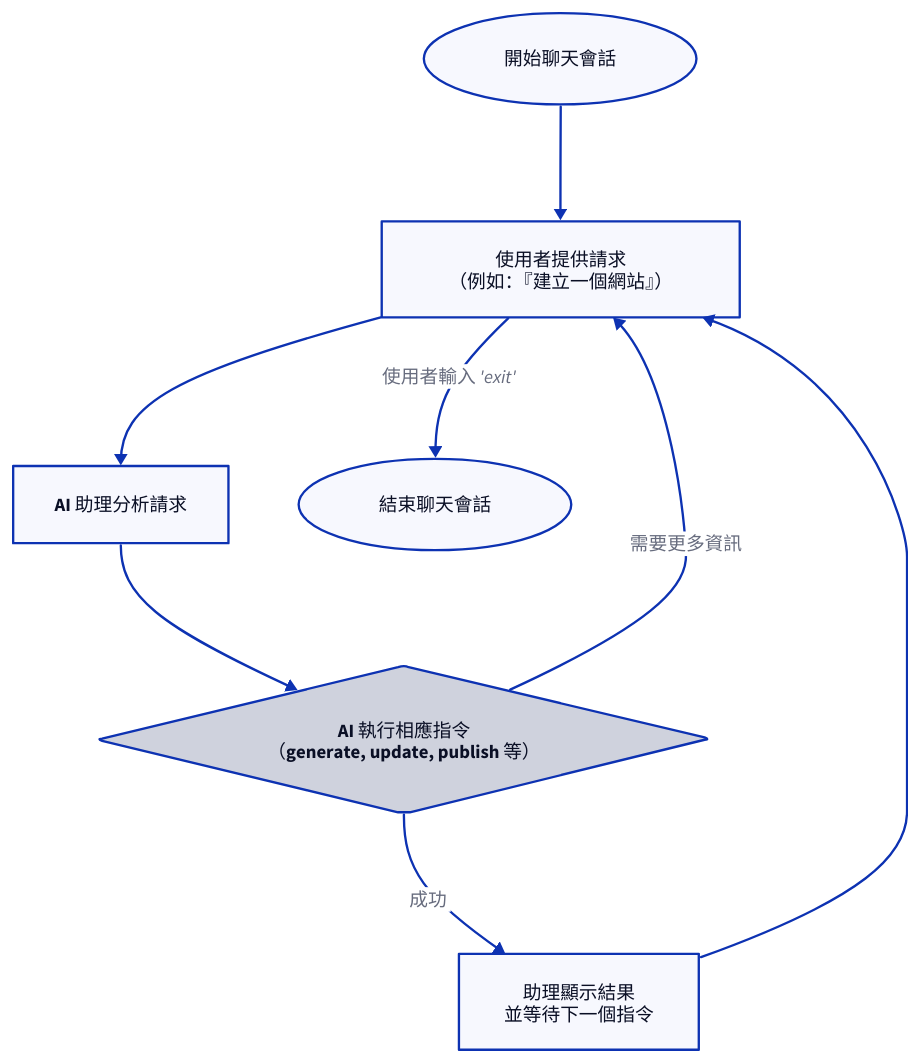
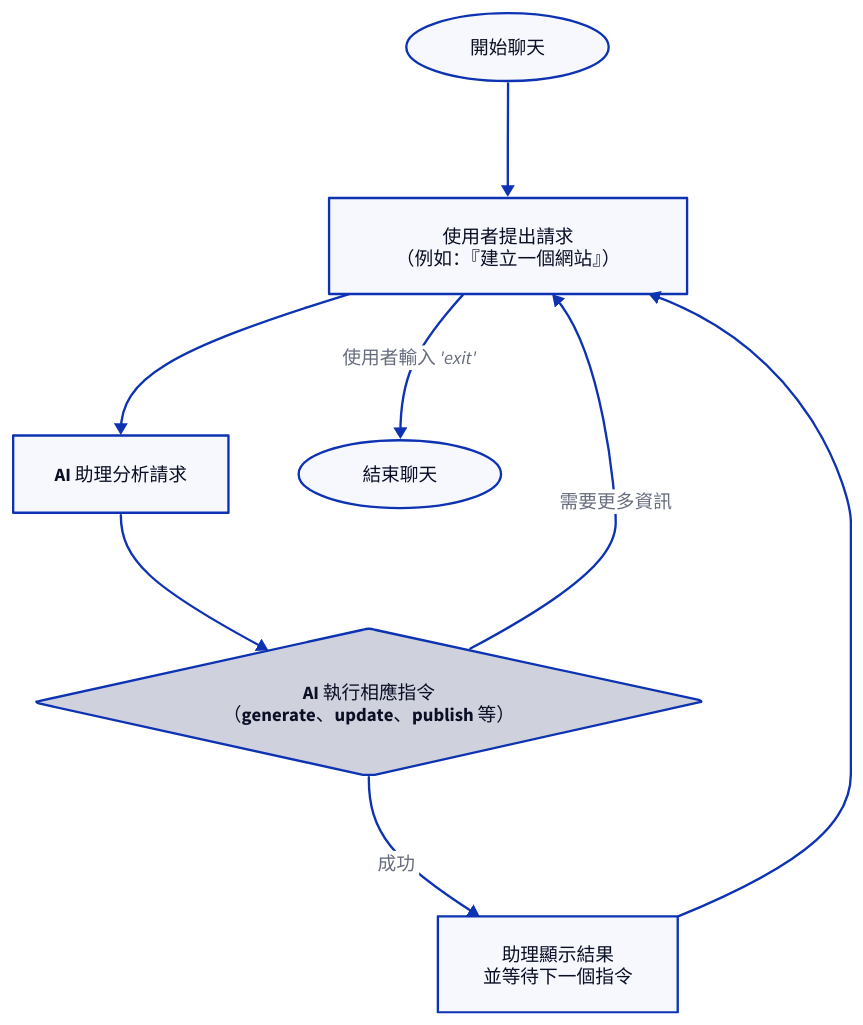
One commit to AIGNE-io/aigne-web-smith changed the diagram in .aigne/doc-smith/docs/core-tasks-using-the-interactive-chat.zh-TW.md. Above: the diagram before and after it, drawn with D2. The commit also changed other lines of this file and 90 other files, not shown here.

````diff
--- a/.aigne/doc-smith/docs/core-tasks-using-the-interactive-chat.zh-TW.md
+++ b/.aigne/doc-smith/docs/core-tasks-using-the-interactive-chat.zh-TW.md
@@ -11,38 +11,38 @@
 ```d2
 direction: down
 
 start: {
-  label: "開始聊天會話"
+  label: "開始聊天"
   shape: oval
 }
 
 user_input: {
-  label: "使用者提供請求\n（例如：『建立一個網站』）"
+  label: "使用者提出請求\n（例如：『建立一個網站』）"
 }
 
 ai_process: {
   label: "AI 助理分析請求"
 }
 
 execute_task: {
-  label: "AI 執行相應指令\n（generate, update, publish 等）"
+  label: "AI 執行相應指令\n（generate、update、publish 等）"
   shape: diamond
 }
 
 show_result: {
   label: "助理顯示結果\n並等待下一個指令"
 }
 
 end: {
-  label: "結束聊天會話"
+  label: "結束聊天"
   shape: oval
 }
 
 start -> user_input
 user_input -> ai_process
 ai_process -> execute_task
 execute_task -> show_result: "成功"
 show_result -> user_input
 execute_task -> user_input: "需要更多資訊"
 user_input -> end: "使用者輸入 'exit'"
 ```
````
